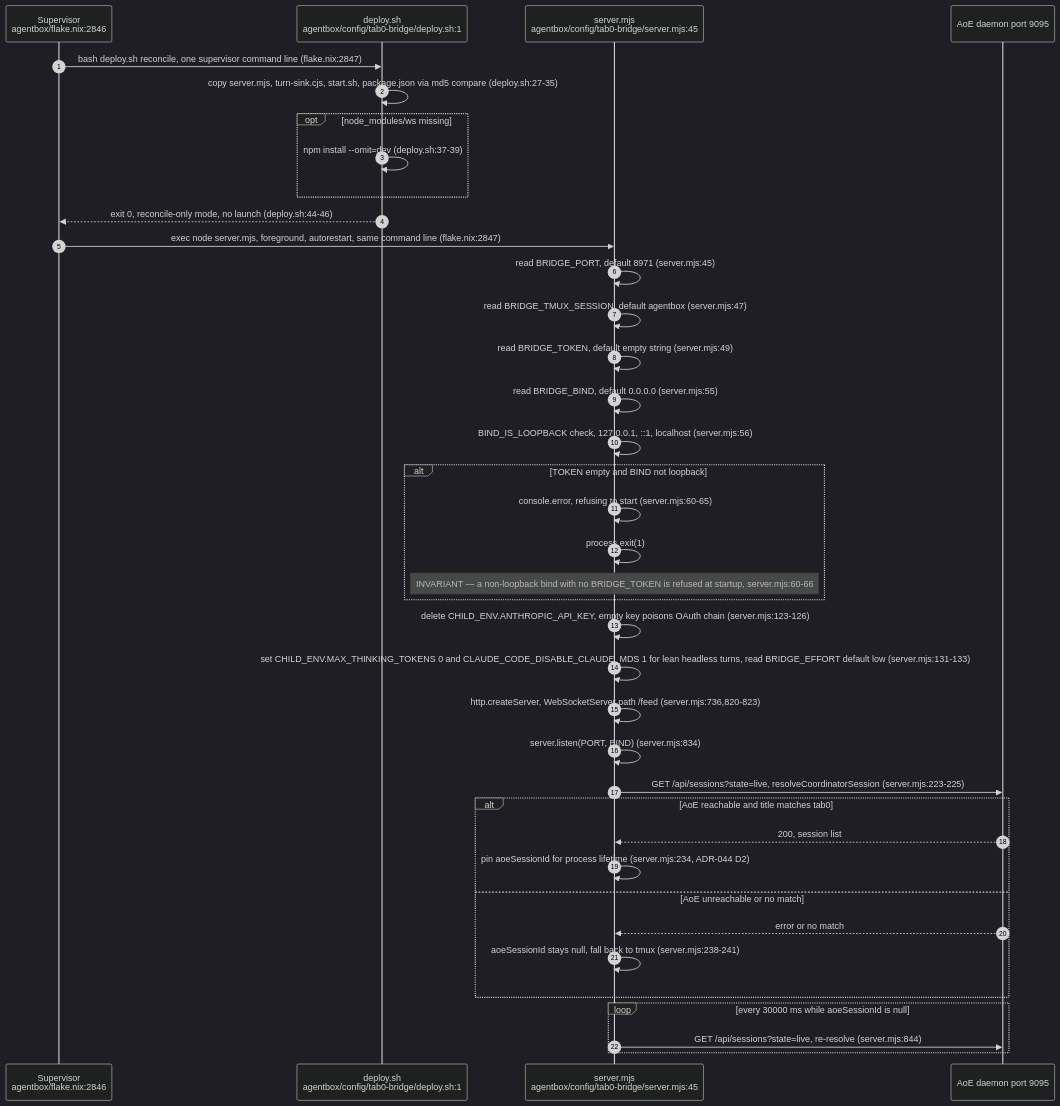
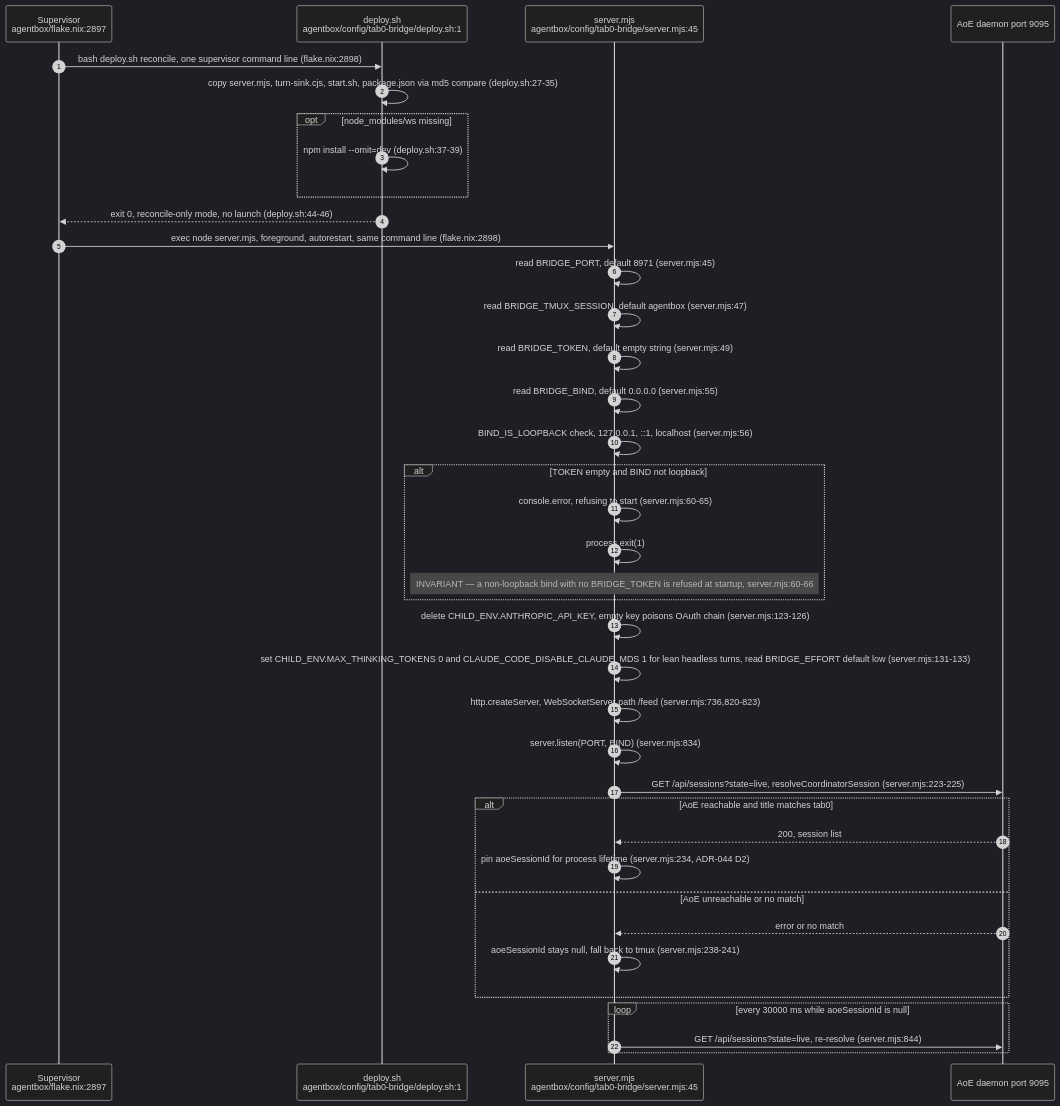
One commit to DreamLab-AI/VisionFlow changed the first of 11 diagrams in docs/diagrams/agentbox/12-tab0-bridge-and-interaction-plane.md. Above: the diagram before and after it, drawn with Mermaid (dark theme). The commit also changed other lines of this file and 80 other files, not shown here.

First line of the commit message:
docs(diagrams): re-verify the agentbox, dreamlab, estate and visionflow corpus against current sources

````diff
--- a/docs/diagrams/agentbox/12-tab0-bridge-and-interaction-plane.md
+++ b/docs/diagrams/agentbox/12-tab0-bridge-and-interaction-plane.md
@@ -34,41 +34,41 @@
 ```mermaid
 sequenceDiagram
     autonumber
-    participant Sup as Supervisor<br/>agentbox/flake.nix:2846
+    participant Sup as Supervisor<br/>agentbox/flake.nix:2897
     participant Dep as deploy.sh<br/>agentbox/config/tab0-bridge/deploy.sh:1
     participant Node as server.mjs<br/>agentbox/config/tab0-bridge/server.mjs:45
     participant AoEd as AoE daemon port 9095
 
-    Sup->>Dep: bash deploy.sh reconcile, one supervisor command line (flake.nix:2847)
+    Sup->>Dep: bash deploy.sh reconcile, one supervisor command line (flake.nix:2898)
     Dep->>Dep: copy server.mjs, turn-sink.cjs, start.sh, package.json via md5 compare (deploy.sh:27-35)
     opt node_modules/ws missing
         Dep->>Dep: npm install --omit=dev (deploy.sh:37-39)
     end
     Dep-->>Sup: exit 0, reconcile-only mode, no launch (deploy.sh:44-46)
-    Sup->>Node: exec node server.mjs, foreground, autorestart, same command line (flake.nix:2847)
+    Sup->>Node: exec node server.mjs, foreground, autorestart, same command line (flake.nix:2898)
     Node->>Node: read BRIDGE_PORT, default 8971 (server.mjs:45)
     Node->>Node: read BRIDGE_TMUX_SESSION, default agentbox (server.mjs:47)
     Node->>Node: read BRIDGE_TOKEN, default empty string (server.mjs:49)
     Node->>Node: read BRIDGE_BIND, default 0.0.0.0 (server.mjs:55)
     Node->>Node: BIND_IS_LOOPBACK check, 127.0.0.1, ::1, localhost (server.mjs:56)
     alt TOKEN empty and BIND not loopback
         Node->>Node: console.error, refusing to start (server.mjs:60-65)
         Node->>Node: process.exit(1)
         Note over Node: INVARIANT — a non-loopback bind with no BRIDGE_TOKEN is refused at startup, server.mjs:60-66
     end
     Node->>Node: delete CHILD_ENV.ANTHROPIC_API_KEY, empty key poisons OAuth chain (server.mjs:123-126)
     Node->>Node: set CHILD_ENV.MAX_THINKING_TOKENS 0 and CLAUDE_CODE_DISABLE_CLAUDE_MDS 1 for lean headless turns, read BRIDGE_EFFORT default low (server.mjs:131-133)
     Node->>Node: http.createServer, WebSocketServer path /feed (server.mjs:736,820-823)
     Node->>Node: server.listen(PORT, BIND) (server.mjs:834)
     Node->>AoEd: GET /api/sessions?state=live, resolveCoordinatorSession (server.mjs:223-225)
     alt AoE reachable and title matches tab0
         AoEd-->>Node: 200, session list
         Node->>Node: pin aoeSessionId for process lifetime (server.mjs:234, ADR-044 D2)
     else AoE unreachable or no match
         AoEd-->>Node: error or no match
         Node->>Node: aoeSessionId stays null, fall back to tmux (server.mjs:238-241)
     end
     loop every 30000 ms while aoeSessionId is null
         Node->>AoEd: GET /api/sessions?state=live, re-resolve (server.mjs:844)
     end
 ```
````
